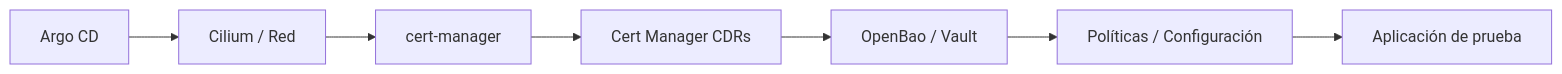
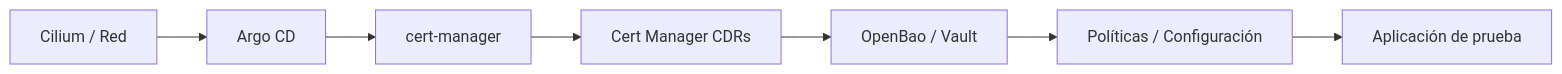
The diagram in docs/05-implementacion/bootstrap.md (Mariozdz/vault-documentation), drawn with Mermaid before and after one commit. The commit also changed other lines of this file and 3 other files, not shown here.

````diff
--- a/docs/05-implementacion/bootstrap.md
+++ b/docs/05-implementacion/bootstrap.md
@@ -48,9 +84,9 @@
 ```mermaid
 flowchart LR
-    Argo["Argo CD"] --> Net["Cilium / Red"]
-    Net --> Cert["cert-manager"]
+    Net["Cilium / Red"] --> Argo["Argo CD"] 
+    Argo --> Cert["cert-manager"]
     Cert --> CertCDR["Cert Manager CDRs"]
     CertCDR --> Secrets["OpenBao / Vault"]
     Secrets --> Policies["Políticas / Configuración"]
     Policies --> App["Aplicación de prueba"]
 ```
````
